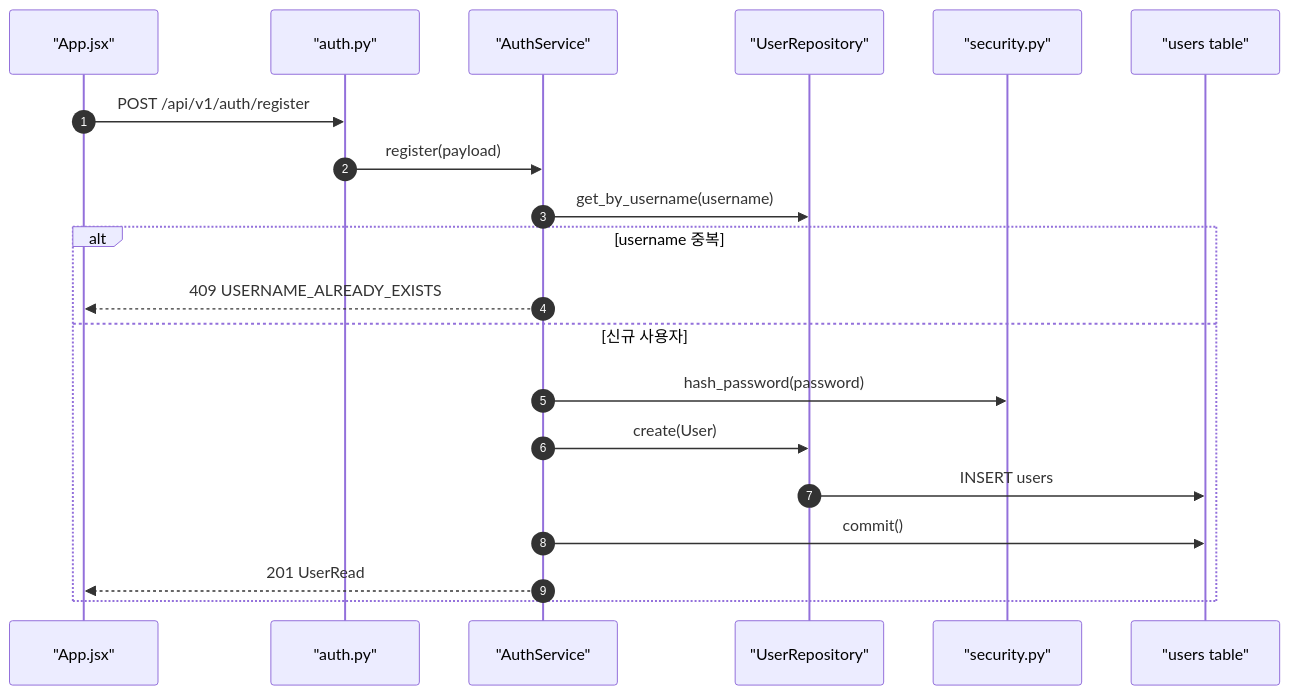
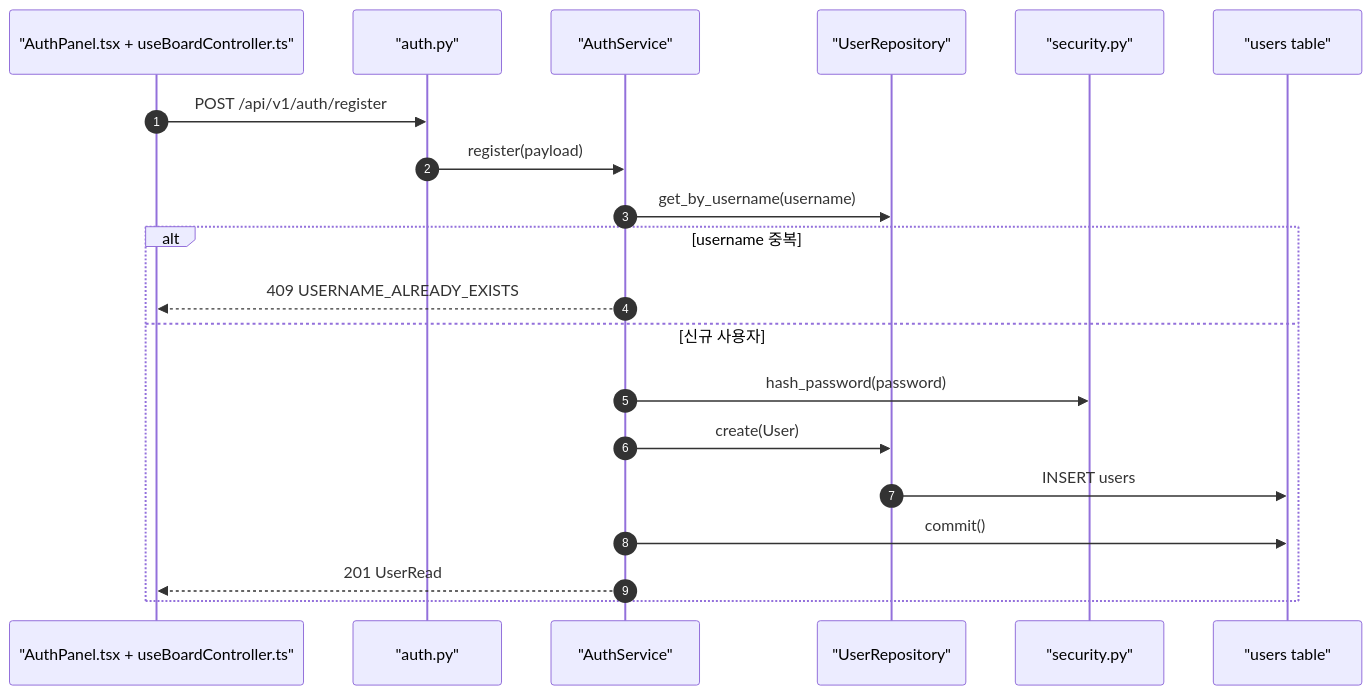
One commit to JUNGLE-TEAM1/W16_team_sprint changed the fourth of 10 diagrams in docs2/sprint-2/implementation-record.md. Above: the diagram before and after it, drawn with Mermaid. The commit also changed other lines of this file and 5 other files, not shown here.

````diff
--- a/docs2/sprint-2/implementation-record.md
+++ b/docs2/sprint-2/implementation-record.md
@@ -217,23 +229,23 @@
 ```mermaid
 sequenceDiagram
     autonumber
-    participant UI as "App.jsx"
+    participant UI as "AuthPanel.tsx + useBoardController.ts"
     participant AuthAPI as "auth.py"
     participant Service as "AuthService"
     participant UserRepo as "UserRepository"
     participant Security as "security.py"
     participant DB as "users table"
 
     UI->>AuthAPI: POST /api/v1/auth/register
     AuthAPI->>Service: register(payload)
     Service->>UserRepo: get_by_username(username)
     alt username 중복
         Service-->>UI: 409 USERNAME_ALREADY_EXISTS
     else 신규 사용자
         Service->>Security: hash_password(password)
         Service->>UserRepo: create(User)
         UserRepo->>DB: INSERT users
         Service->>DB: commit()
         Service-->>UI: 201 UserRead
     end
 ```
````
